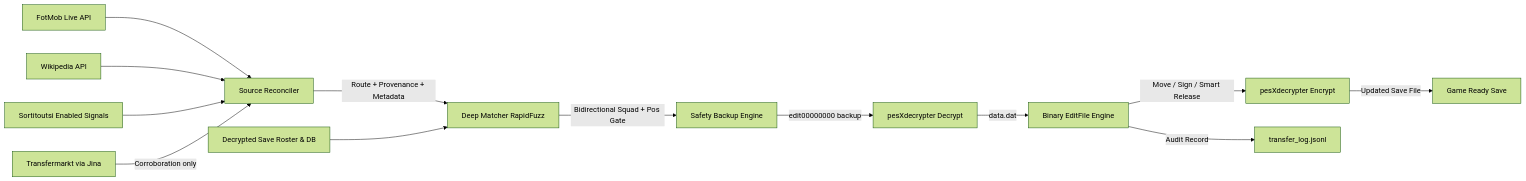
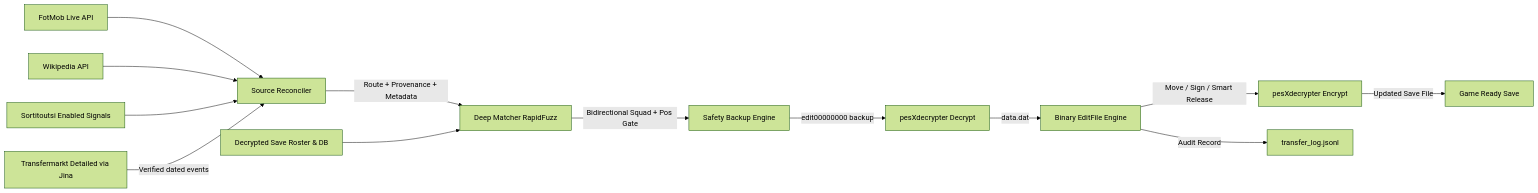
The diagram in README.md (gvoze32/fldailyedit), drawn with Mermaid (forest theme) before and after one commit. The commit also changed other lines of this file and 5 other files, not shown here.

Commit message:
feat: Update Transfermarkt integration to support verified dated transfers and enhance reconciliation logic

````diff
--- a/README.md
+++ b/README.md
@@ -92,15 +93,15 @@
 ```mermaid
 graph LR
     A[FotMob Live API] --> B[Source Reconciler]
     W[Wikipedia API] --> B
     S[Sortitoutsi Enabled Signals] --> B
-    T[Transfermarkt via Jina] -->|Corroboration only| B
+    T[Transfermarkt Detailed via Jina] -->|Verified dated events| B
     B -->|Route + Provenance + Metadata| C[Deep Matcher RapidFuzz]
     D[Decrypted Save Roster & DB] --> C
     C -->|Bidirectional Squad + Pos Gate| E[Safety Backup Engine]
     E -->|edit00000000 backup| F[pesXdecrypter Decrypt]
     F -->|data.dat| G[Binary EditFile Engine]
     G -->|Move / Sign / Smart Release| H[pesXdecrypter Encrypt]
     H -->|Updated Save File| I[Game Ready Save]
     G -->|Audit Record| J[transfer_log.jsonl]
 ```
````
